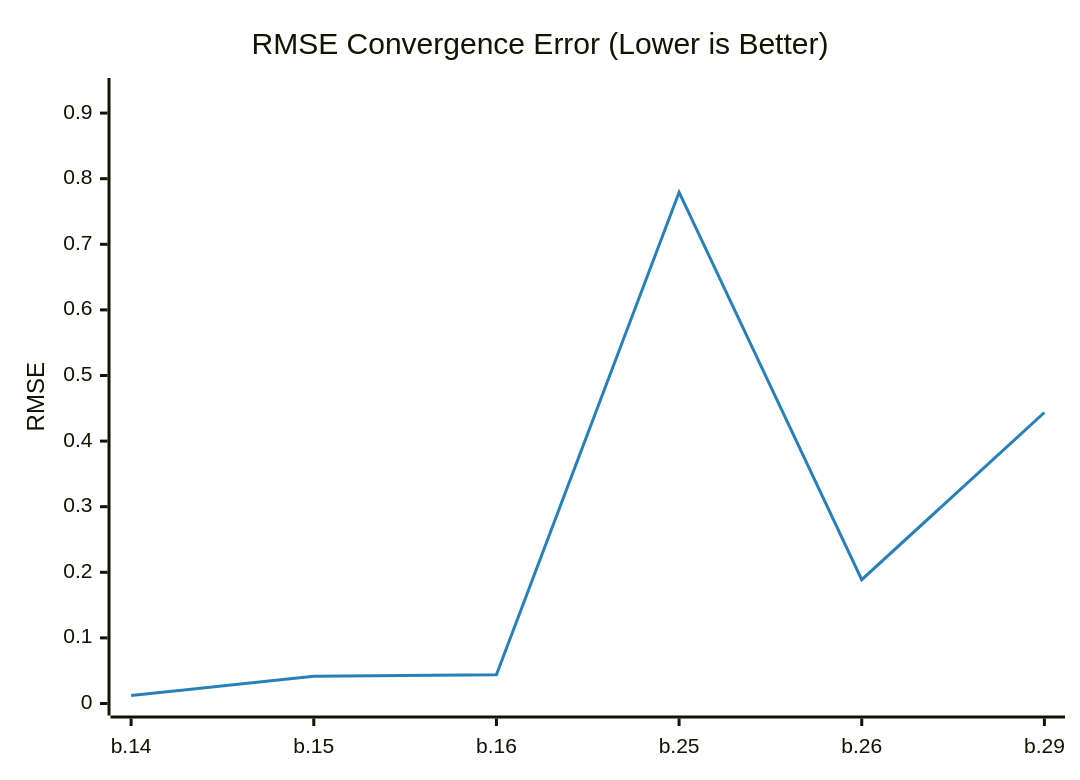
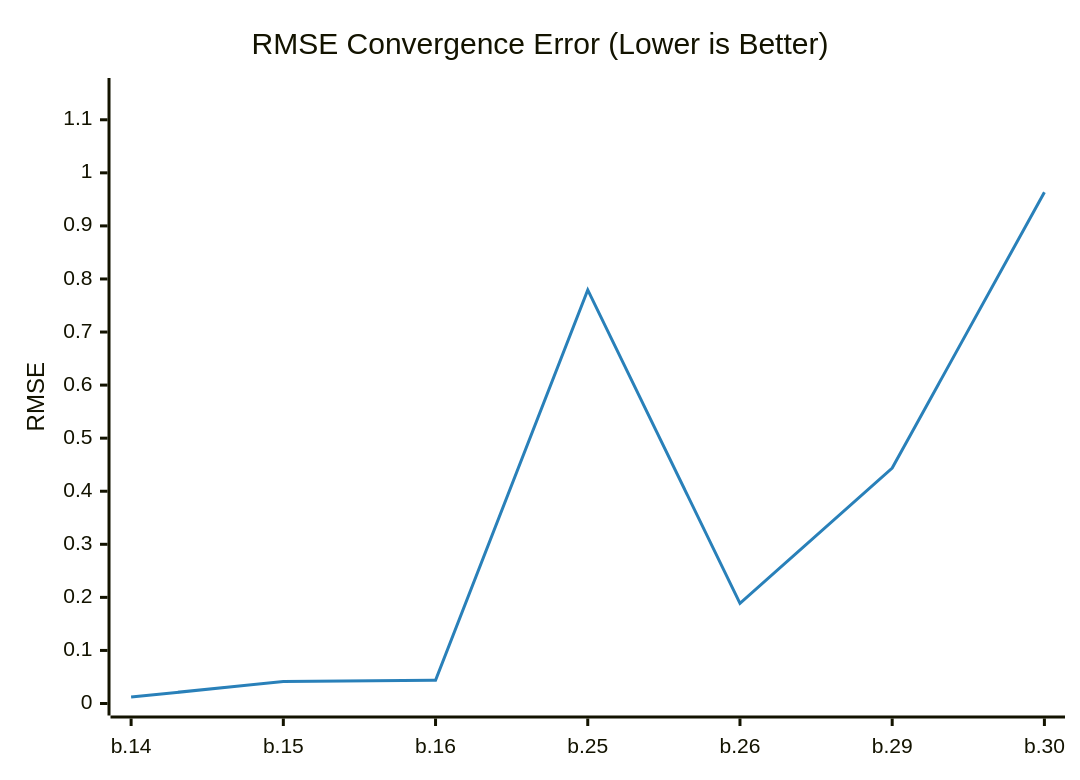
The diagram in README.md (timo-eberl/tracy), drawn with Mermaid before and after one commit. The commit also changed other lines of this file and 2 other files, not shown here.

````diff
--- a/README.md
+++ b/README.md
@@ -13,14 +13,14 @@
 ```mermaid
 ---
 config:
     theme: base
     themeVariables:
         xyChart:
             plotColorPalette: "#2980b9"
 ---
 xychart-beta
     title "RMSE Convergence Error (Lower is Better)"
-    x-axis ["b.14", "b.15", "b.16", "b.25", "b.26", "b.29"]
-    y-axis "RMSE" 0 --> 0.9352
-    line [0.012064, 0.041607, 0.043946, 0.7793, 0.1888, 0.4436]
+    x-axis ["b.14", "b.15", "b.16", "b.25", "b.26", "b.29", "b.30"]
+    y-axis "RMSE" 0 --> 1.1561
+    line [0.012064, 0.041607, 0.043946, 0.7793, 0.1888, 0.4436, 0.9634]
 ```
````
